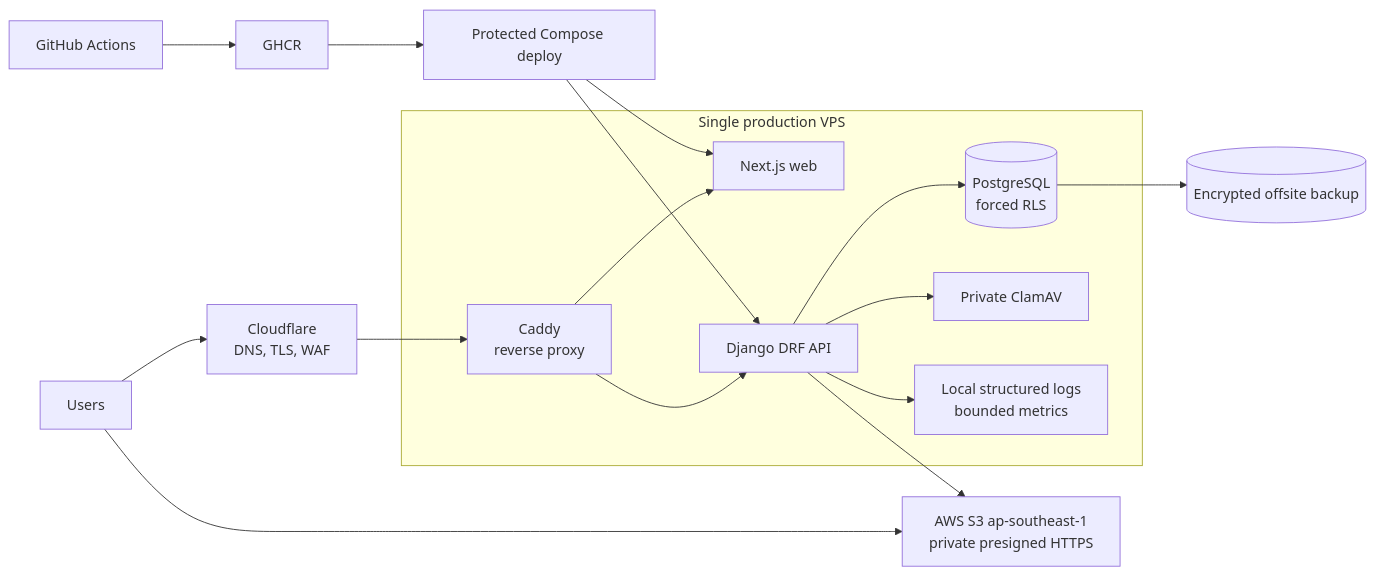
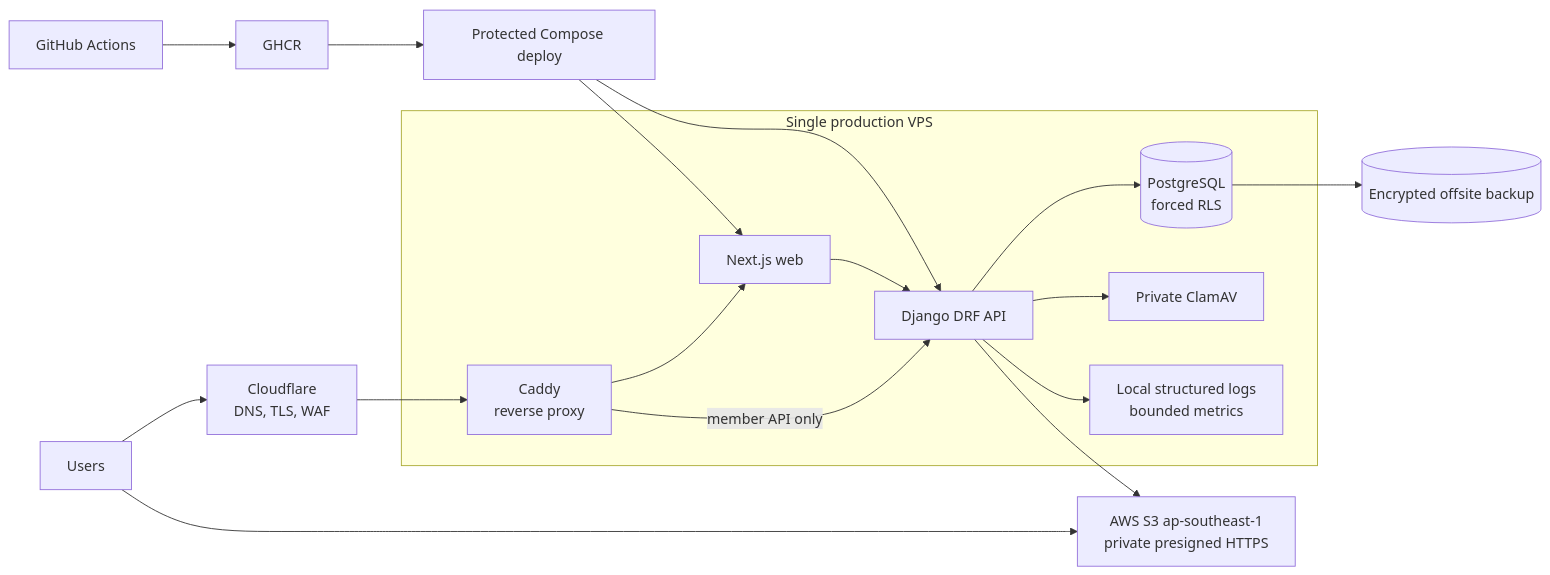
The fifth of 5 diagrams in docs/ARCHITECTURE.md (kyawswaraye/gym-management-system), drawn with Mermaid before and after one commit. The commit also changed other lines of this file and 277 other files, not shown here.

````diff
--- a/docs/ARCHITECTURE.md
+++ b/docs/ARCHITECTURE.md
@@ -381,19 +381,20 @@
 ```mermaid
 flowchart LR
     U[Users] --> CF[Cloudflare<br/>DNS, TLS, WAF]
     CF --> RP[Caddy<br/>reverse proxy]
     subgraph VPS [Single production VPS]
-        RP --> WEB[Next.js web]
-        RP --> API[Django DRF API]
-        API --> SQL[(PostgreSQL<br/>forced RLS)]
+    RP --> WEB[Next.js web]
+    RP -->|"member API only"| API[Django DRF API]
+    WEB --> API
+    API --> SQL[(PostgreSQL<br/>forced RLS)]
         API --> CLAM[Private ClamAV]
         API --> OBS[Local structured logs<br/>bounded metrics]
     end
     U --> S3[AWS S3 ap-southeast-1<br/>private presigned HTTPS]
     API --> S3
     GH[GitHub Actions] --> REG[GHCR]
     REG --> DEP[Protected Compose deploy]
     DEP --> WEB
     DEP --> API
     SQL --> BAK[(Encrypted offsite backup)]
 ```
````
